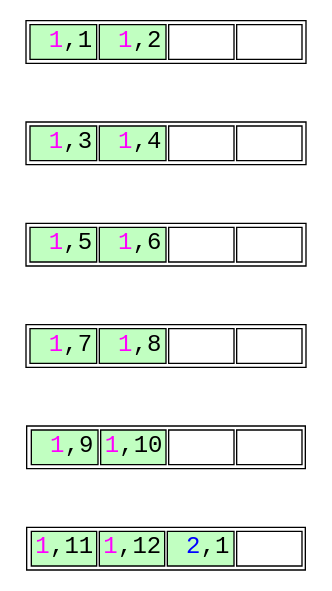
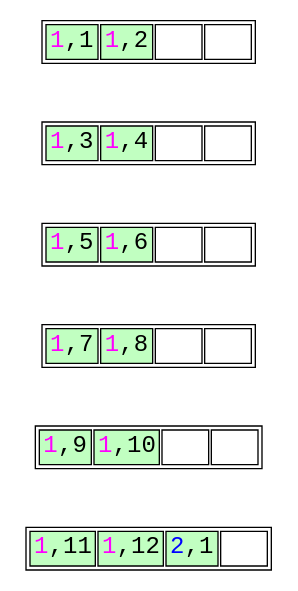
The diagram in unoptimized-leaf-page-split-3.dot (petergeoghegan/pg_query_internals), drawn with Graphviz before and after one commit. The commit also changed 5 other files, not shown here.

```diff
--- a/unoptimized-leaf-page-split-3.dot
+++ b/unoptimized-leaf-page-split-3.dot
@@ -1,88 +1,88 @@
 // Example B-Tree graph
 //
 // Breadth-first order
 //
 // Start from root, go left to right
 //
 // Workflow:
 //
 // $ dot -T svg btree.dot -o btree.svg;
 
 digraph nbtree {
 graph [fontname = "monospace"];
 node [shape = none,height=.1,fontname = "monospace",fontsize=18];
 // Level 0 (leaf level)
-leafnode_2[ label=<<table>
+leafnode_2[ label=<<table width="140">
                     <tr>
-                        <td bgcolor='darkseagreen1' port="t2"> <font color="magenta">1</font>,1</td>
-                        <td bgcolor='darkseagreen1' port="t3"> <font color="magenta">1</font>,2</td>
-                        <td bgcolor='white' port="t3">    </td>
-                        <td bgcolor='white' port="t3">    </td>
+                        <td bgcolor='darkseagreen1' port="t2" width="35"><font color="magenta">1</font>,1</td>
+                        <td bgcolor='darkseagreen1' port="t3" width="35"><font color="magenta">1</font>,2</td>
+                        <td bgcolor='white' port="t3" width="35"></td>
+                        <td bgcolor='white' port="t3" width="35"></td>
                     </tr>
                 </table>
                >
         ];
 edge[style=invis];
 "leafnode_2" -> "leafnode_3"
-leafnode_3[ label=<<table>
+leafnode_3[ label=<<table width="140">
                     <tr>
-                        <td bgcolor='darkseagreen1' port="t4"> <font color="magenta">1</font>,3</td>
-                        <td bgcolor='darkseagreen1' port="t4"> <font color="magenta">1</font>,4</td>
-                        <td bgcolor='white' port="t3">    </td>
-                        <td bgcolor='white' port="t3">    </td>
+                        <td bgcolor='darkseagreen1' port="t4" width="35"><font color="magenta">1</font>,3</td>
+                        <td bgcolor='darkseagreen1' port="t4" width="35"><font color="magenta">1</font>,4</td>
+                        <td bgcolor='white' port="t3" width="35"></td>
+                        <td bgcolor='white' port="t3" width="35"></td>
                     </tr>
                 </table>
                >
         ];
 edge[style=invis];
 "leafnode_3" -> "leafnode_4"
-leafnode_4[ label=<<table>
+leafnode_4[ label=<<table width="140">
                     <tr>
-                        <td bgcolor='darkseagreen1' port="t4"> <font color="magenta">1</font>,5</td>
-                        <td bgcolor='darkseagreen1' port="t4"> <font color="magenta">1</font>,6</td>
-                        <td bgcolor='white' port="t3">    </td>
-                        <td bgcolor='white' port="t3">    </td>
+                        <td bgcolor='darkseagreen1' port="t4" width="35"><font color="magenta">1</font>,5</td>
+                        <td bgcolor='darkseagreen1' port="t4" width="35"><font color="magenta">1</font>,6</td>
+                        <td bgcolor='white' port="t3" width="35"></td>
+                        <td bgcolor='white' port="t3" width="35"></td>
                     </tr>
                 </table>
                >
         ];
 edge[style=invis];
 "leafnode_4" -> "leafnode_5"
-leafnode_5[ label=<<table>
+leafnode_5[ label=<<table width="140">
                     <tr>
-                        <td bgcolor='darkseagreen1' port="t4"> <font color="magenta">1</font>,7</td>
-                        <td bgcolor='darkseagreen1' port="t4"> <font color="magenta">1</font>,8</td>
-                        <td bgcolor='white' port="t3">    </td>
-                        <td bgcolor='white' port="t3">    </td>
+                        <td bgcolor='darkseagreen1' port="t4" width="35"><font color="magenta">1</font>,7</td>
+                        <td bgcolor='darkseagreen1' port="t4" width="35"><font color="magenta">1</font>,8</td>
+                        <td bgcolor='white' port="t3" width="35"></td>
+                        <td bgcolor='white' port="t3" width="35"></td>
                     </tr>
                 </table>
                >
         ];
 edge[style=invis];
 "leafnode_5" -> "leafnode_6"
 leafnode_6[ label=<<table>
                     <tr>
-                        <td bgcolor='darkseagreen1' port="t4"> <font color="magenta">1</font>,9</td>
-                        <td bgcolor='darkseagreen1' port="t4"><font color="magenta">1</font>,10</td>
-                        <td bgcolor='white' port="t3">    </td>
-                        <td bgcolor='white' port="t3">    </td>
+                        <td bgcolor='darkseagreen1' port="t4" width="35"><font color="magenta">1</font>,9</td>
+                        <td bgcolor='darkseagreen1' port="t4" width="35"><font color="magenta">1</font>,10</td>
+                        <td bgcolor='white' port="t3" width="35"></td>
+                        <td bgcolor='white' port="t3" width="35"></td>
                     </tr>
                 </table>
                >
         ];
 edge[style=invis];
 "leafnode_6" -> "leafnode_7"
 leafnode_7[ label=<<table>
                     <tr>
-                        <td bgcolor='darkseagreen1' port="t4"><font color="magenta">1</font>,11</td>
-                        <td bgcolor='darkseagreen1' port="t4"><font color="magenta">1</font>,12</td>
-                        <td bgcolor='darkseagreen1' port="t4"> <font color="blue">2</font>,1</td>
-                        <td bgcolor='white' port="t3">    </td>
+                        <td bgcolor='darkseagreen1' port="t4" width="35"><font color="magenta">1</font>,11</td>
+                        <td bgcolor='darkseagreen1' port="t4" width="35"><font color="magenta">1</font>,12</td>
+                        <td bgcolor='darkseagreen1' port="t4" width="35"><font color="blue">2</font>,1</td>
+                        <td bgcolor='white' port="t3" width="35"></td>
                     </tr>
                 </table>
                >
         ];
 //Force alignment from root to internal to leaf levels:
 //edge[style=invis];
 //"rootnode":d1 -> "leafnode_2":t2
 }
```
